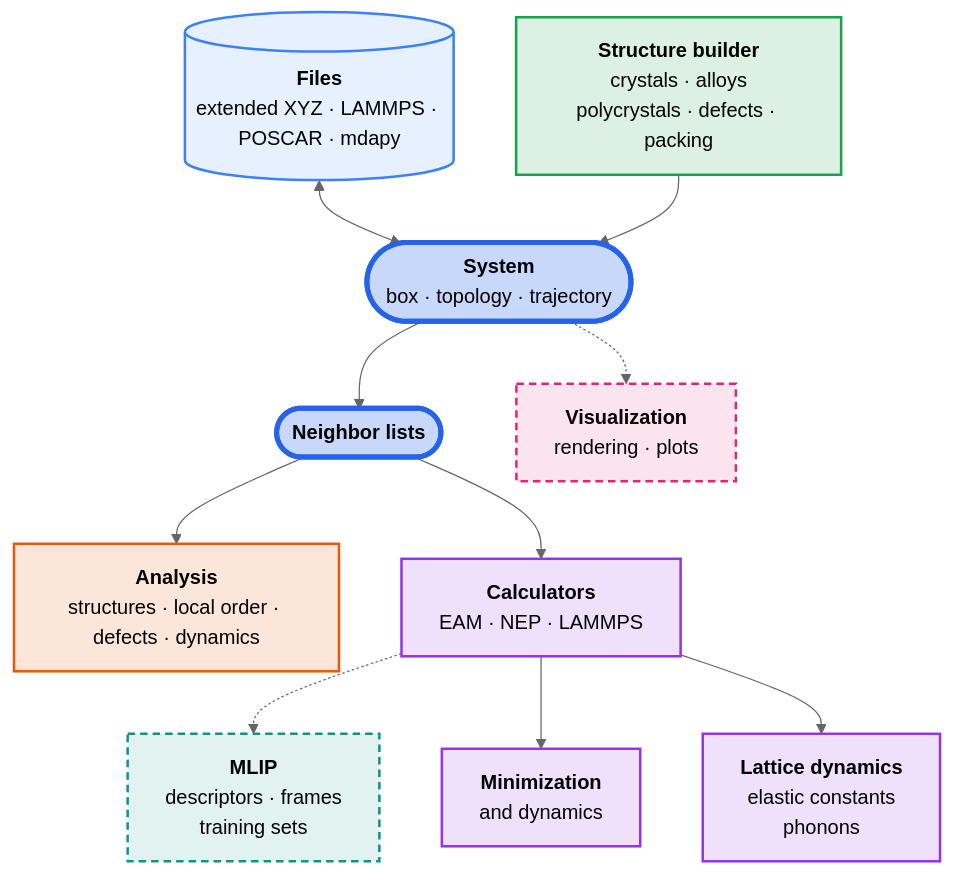
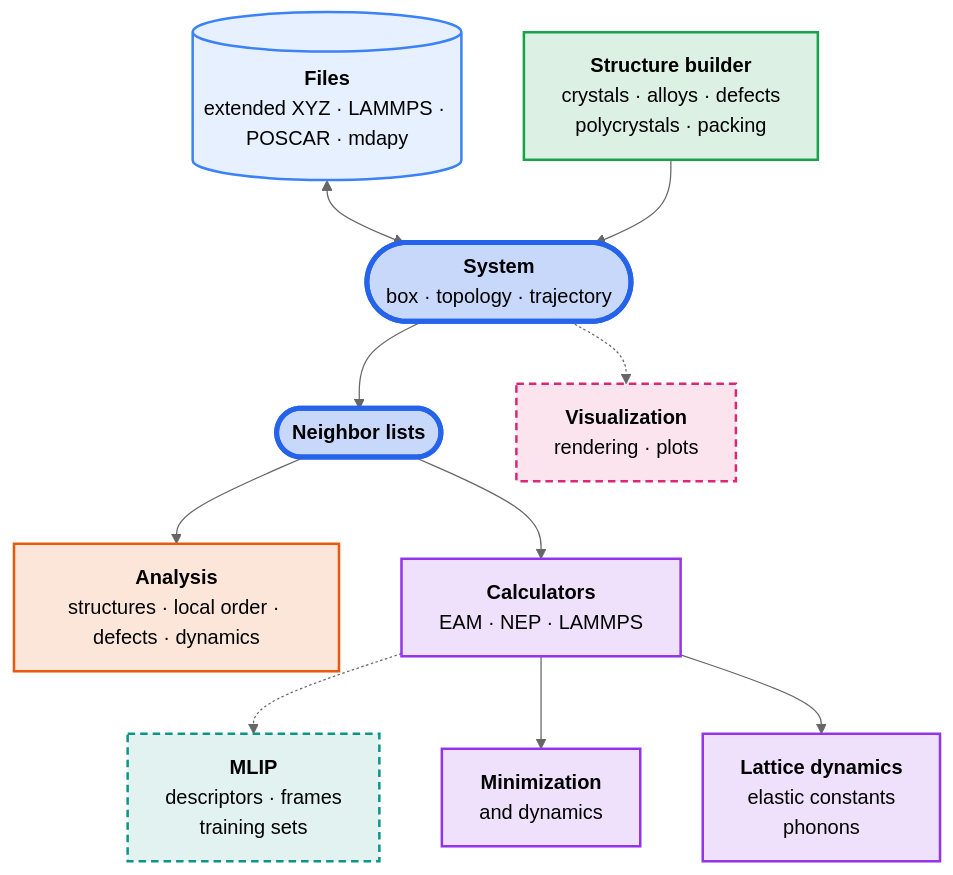
The diagram in docs/index.md (mushroomfire/mdapy), drawn with Mermaid (neutral theme) before and after one commit. The commit also changed other lines of this file and 25 other files, not shown here.

First line of the commit message:
Build defects, special quasirandom structures and polycrystals

````diff
--- a/docs/index.md
+++ b/docs/index.md
@@ -26,38 +26,38 @@
 ```mermaid
 flowchart TB
     files[("<b>Files</b><br/>extended XYZ · LAMMPS · POSCAR · mdapy")]
-    build["<b>Structure builder</b><br/>crystals · alloys<br/>polycrystals · defects · packing"]
+    build["<b>Structure builder</b><br/>crystals · alloys · defects<br/>polycrystals · packing"]
     system(["<b>System</b><br/>box · topology · trajectory"])
     neighbors(["<b>Neighbor lists</b>"])
     visual["<b>Visualization</b><br/>rendering · plots"]
     mlip["<b>MLIP</b><br/>descriptors · frames<br/>training sets"]
     analysis["<b>Analysis</b><br/>structures · local order · defects · dynamics"]
     calculators["<b>Calculators</b><br/>EAM · NEP · LAMMPS"]
     minimization["<b>Minimization</b><br/>and dynamics"]
     lattice["<b>Lattice dynamics</b><br/>elastic constants<br/>phonons"]
 
     files <--> system
     build --> system
     system --> neighbors
     system -.-> visual
     calculators -.-> mlip
     neighbors --> analysis
     neighbors --> calculators
     calculators --> minimization
     calculators --> lattice
 
     classDef core fill:#2563eb40,stroke:#2563eb,stroke-width:4px
     classDef data fill:#3b82f61f,stroke:#3b82f6,stroke-width:2px
     classDef analysis fill:#ea580c26,stroke:#ea580c,stroke-width:2px
     classDef simulation fill:#9333ea26,stroke:#9333ea,stroke-width:2px
     classDef build fill:#16a34a26,stroke:#16a34a,stroke-width:2px
     classDef visual fill:#db27771f,stroke:#db2777,stroke-width:2px,stroke-dasharray:6 4
     classDef mlip fill:#0d94881f,stroke:#0d9488,stroke-width:2px,stroke-dasharray:6 4
     class system,neighbors core
     class files data
     class analysis analysis
     class calculators,minimization,lattice simulation
     class build build
     class visual visual
     class mlip mlip
 ```
````
